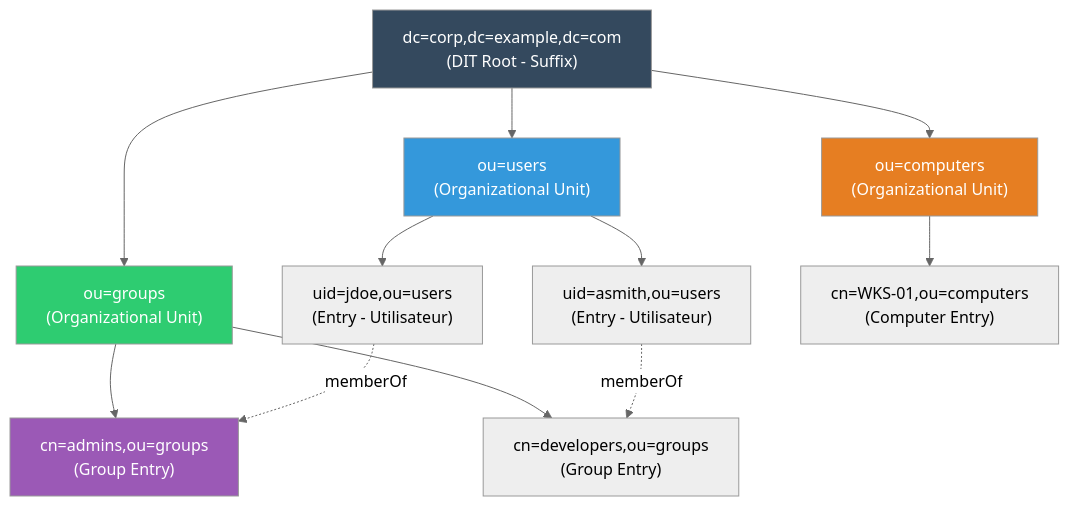
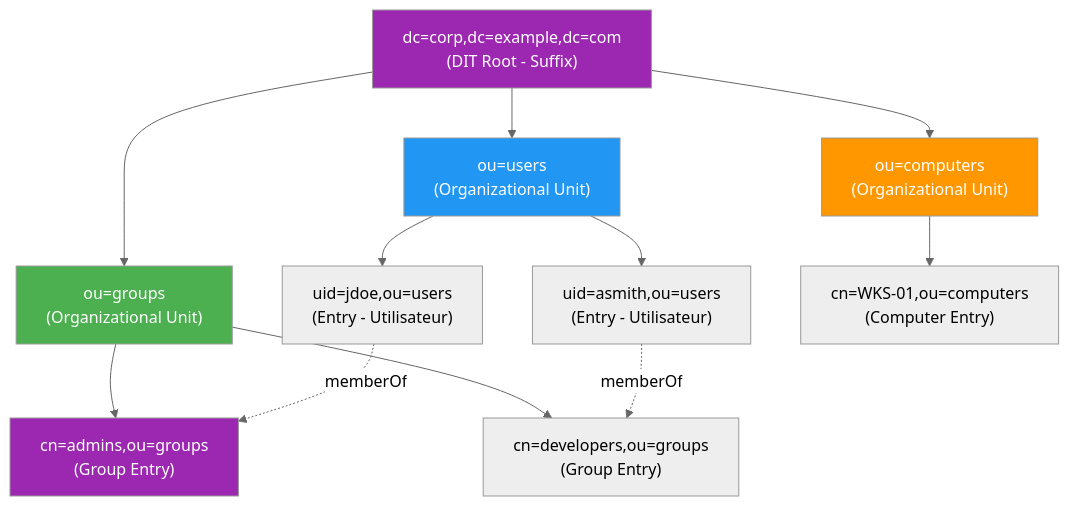
One commit to VBlackJack/ShellBook changed the fourth of 5 diagrams in docs/linux/lpi-certification.md. Above: the diagram before and after it, drawn with Mermaid (neutral theme). The commit also changed other lines of this file and 337 other files, not shown here.

First line of the commit message:
refactor(docs): Standardize code blocks and Mermaid colors

````diff
--- a/docs/linux/lpi-certification.md
+++ b/docs/linux/lpi-certification.md
@@ -171,23 +171,23 @@
 ```mermaid
 graph TD
     A["dc=corp,dc=example,dc=com<br/>(DIT Root - Suffix)"] --> B1["ou=users<br/>(Organizational Unit)"]
     A --> B2["ou=groups<br/>(Organizational Unit)"]
     A --> B3["ou=computers<br/>(Organizational Unit)"]
 
     B1 --> C1["uid=jdoe,ou=users<br/>(Entry - Utilisateur)"]
     B1 --> C2["uid=asmith,ou=users<br/>(Entry - Utilisateur)"]
 
     B2 --> D1["cn=admins,ou=groups<br/>(Group Entry)"]
     B2 --> D2["cn=developers,ou=groups<br/>(Group Entry)"]
 
     B3 --> E1["cn=WKS-01,ou=computers<br/>(Computer Entry)"]
 
     C1 -.->|memberOf| D1
     C2 -.->|memberOf| D2
 
-    style A fill:#34495e,color:#fff
-    style B1 fill:#3498db,color:#fff
-    style B2 fill:#2ecc71,color:#fff
-    style B3 fill:#e67e22,color:#fff
-    style D1 fill:#9b59b6,color:#fff
+    style A fill:#9C27B0,color:#fff
+    style B1 fill:#2196F3,color:#fff
+    style B2 fill:#4CAF50,color:#fff
+    style B3 fill:#FF9800,color:#fff
+    style D1 fill:#9C27B0,color:#fff
 ```
````
